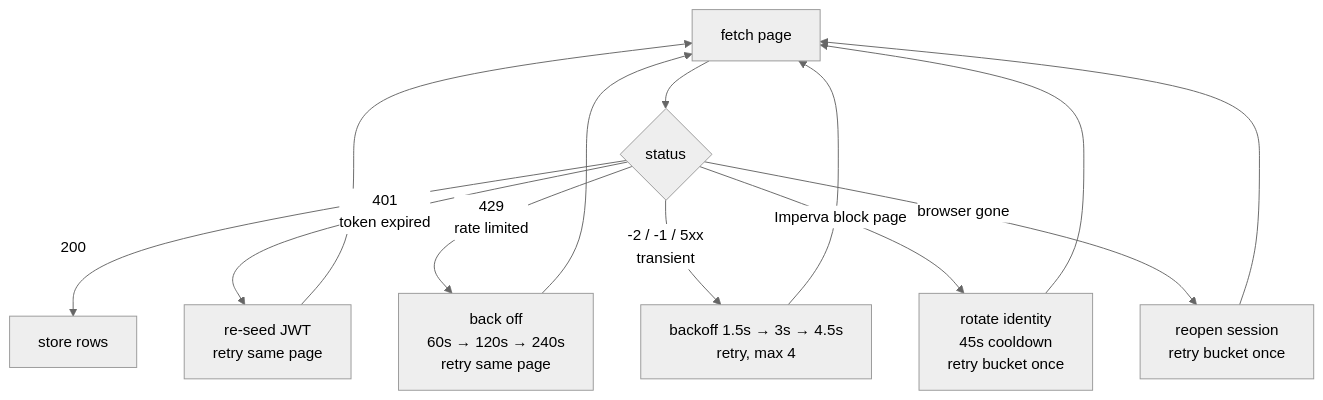
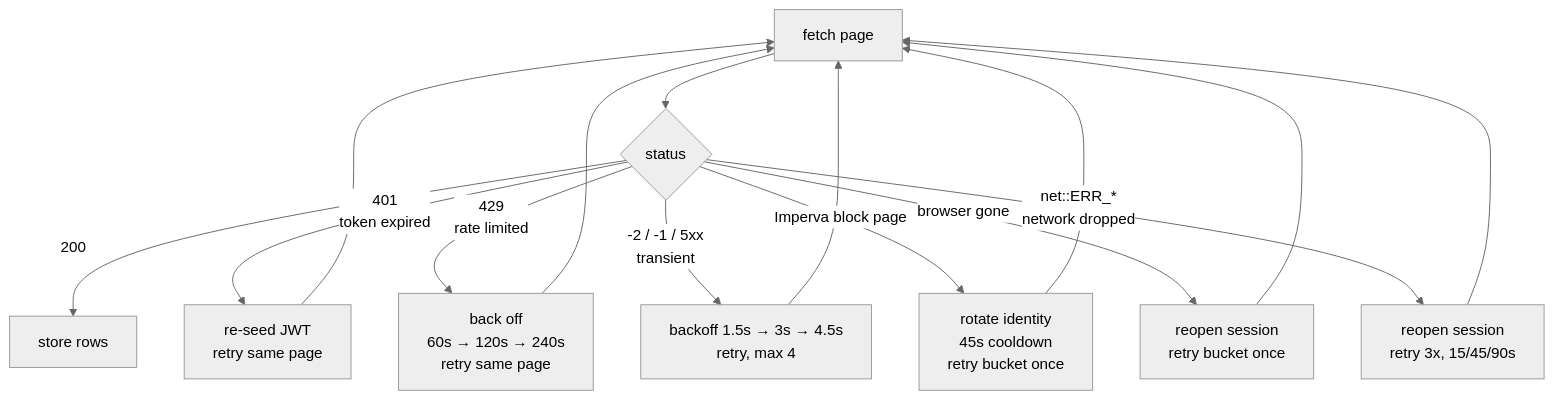
The fourth of 4 diagrams in g_DBD_CRM_Pipeline/HOW_IT_WORKS.md (OteEnded/ThaiCompany_DataScraping_Experiment), drawn with Mermaid (neutral theme) before and after one commit. The commit also changed other lines of this file and 4 other files, not shown here.

````diff
--- a/g_DBD_CRM_Pipeline/HOW_IT_WORKS.md
+++ b/g_DBD_CRM_Pipeline/HOW_IT_WORKS.md
@@ -283,15 +284,17 @@
 ```mermaid
 flowchart TD
     A["fetch page"] --> B{status}
     B -->|200| C["store rows"]
     B -->|401<br/>token expired| D["re-seed JWT<br/>retry same page"]
     B -->|429<br/>rate limited| E["back off<br/>60s → 120s → 240s<br/>retry same page"]
     B -->|"-2 / -1 / 5xx<br/>transient"| F["backoff 1.5s → 3s → 4.5s<br/>retry, max 4"]
     B -->|Imperva block page| G["rotate identity<br/>45s cooldown<br/>retry bucket once"]
     B -->|browser gone| H["reopen session<br/>retry bucket once"]
+    B -->|"net::ERR_* <br/>network dropped"| I["reopen session<br/>retry 3x, 15/45/90s"]
     D --> A
     E --> A
     F --> A
     G --> A
     H --> A
+    I --> A
 ```
````
